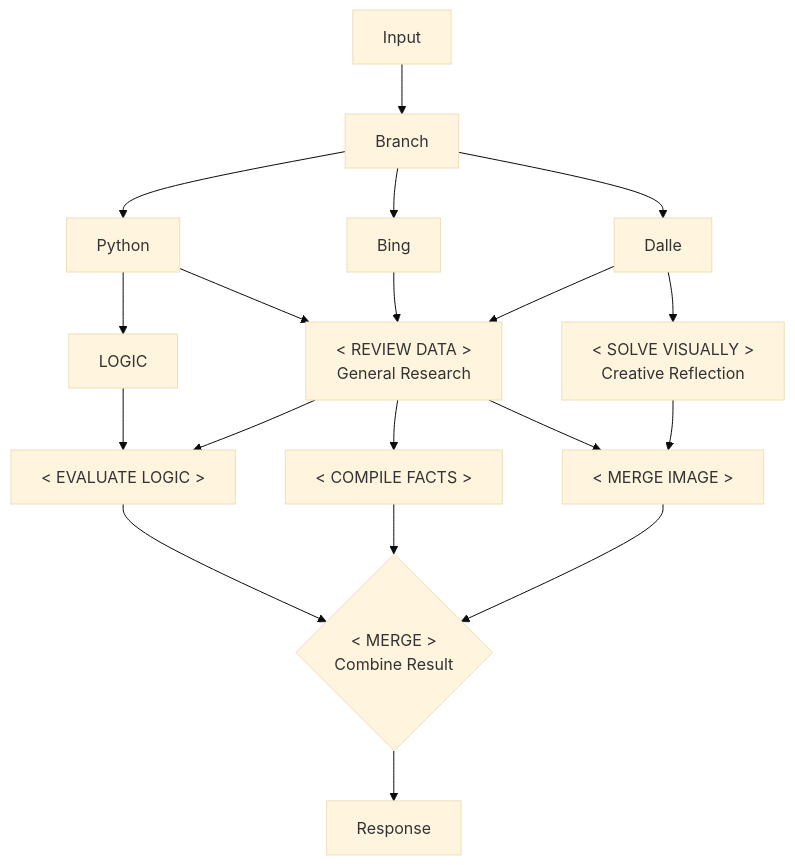
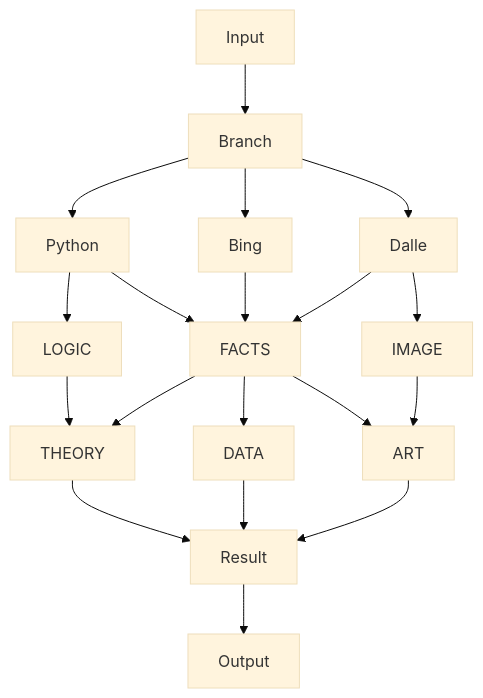
Before and after one commit to Mind-Interfaces/CogniSphere: the diagram in COGNITION.md, drawn with Mermaid (base theme).

````diff
--- a/COGNITION.md
+++ b/COGNITION.md
@@ -1,37 +1,34 @@
 ```mermaid
 graph TD;
 
     Input;
 
     Input --> Branch;
 
     Branch --> Dalle;
     Branch --> Python;
     Branch --> Bing;
 
     Python --> LOGIC;
     Python --> FACTS;
     
-    Bing --> FACTS[      <   REVIEW DATA >
-                        General Research];
+    Bing --> FACTS;
     
-    Dalle --> IMAGE[    <   SOLVE VISUALLY >
-                        Creative Reflection];
+    Dalle --> IMAGE;
     Dalle --> FACTS;
 
 
-    LOGIC --> THEORY[< EVALUATE LOGIC >];
-    FACTS --> THEORY[< EVALUATE LOGIC >];
+    LOGIC --> THEORY;
+    FACTS --> THEORY;
 
-    FACTS --> DATA[< COMPILE FACTS >];
+    FACTS --> DATA;
 
-    FACTS --> ART[< MERGE IMAGE >];
-    IMAGE --> ART[< MERGE IMAGE >];
+    FACTS --> ART;
+    IMAGE --> ART;
 
     THEORY --> Result;
     DATA --> Result;
-    ART --> Result{   <   MERGE   > 
-                        Combine Result};
+    ART --> Result;
 
-    Result --> Output[Response];
+    Result --> Output;
 ```
````
